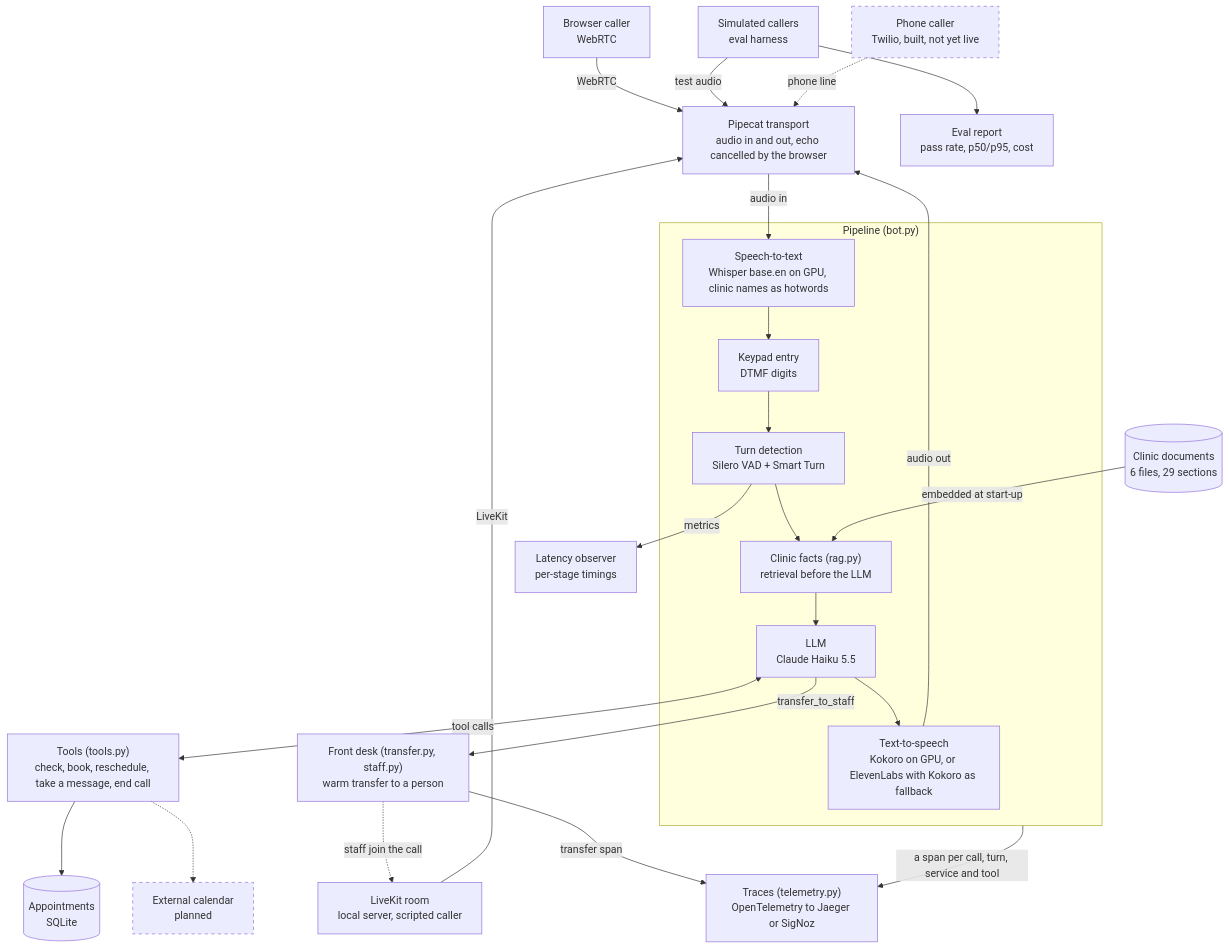
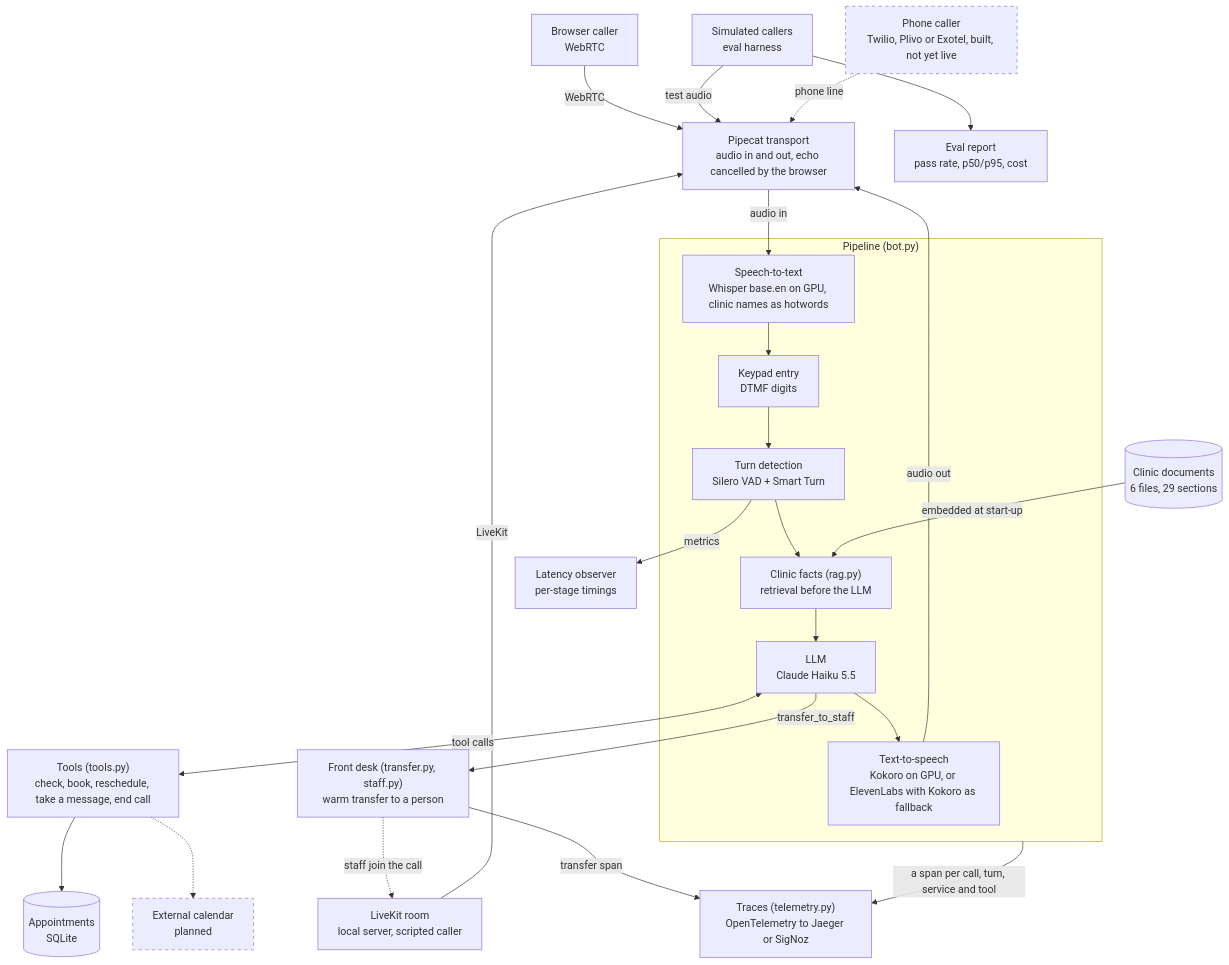
Before and after one commit to captflag/AI-Voice-: the first of 12 diagrams in README.md, drawn with Mermaid. The commit also changed other lines of this file and 3 other files, not shown here.

First line of the commit message:
Phase 8 step 5: Plivo and Exotel phone lines

````diff
--- a/README.md
+++ b/README.md
@@ -26,47 +26,47 @@
 ```mermaid
 flowchart TB
     browser["Browser caller<br/>WebRTC"]
     room["LiveKit room<br/>local server, scripted caller"]
     sim["Simulated callers<br/>eval harness"]
-    phone["Phone caller<br/>Twilio, built, not yet live"]:::planned
+    phone["Phone caller<br/>Twilio, Plivo or Exotel, built, not yet live"]:::planned
 
     transport["Pipecat transport<br/>audio in and out, echo cancelled by the browser"]
 
     subgraph pipeline["Pipeline (bot.py)"]
         stt["Speech-to-text<br/>Whisper base.en on GPU, clinic names as hotwords"]
         keypad["Keypad entry<br/>DTMF digits"]
         turn["Turn detection<br/>Silero VAD + Smart Turn"]
         notes["Clinic facts (rag.py)<br/>retrieval before the LLM"]
         llm["LLM<br/>Claude Haiku 5.5"]
         tts["Text-to-speech<br/>Kokoro on GPU, or ElevenLabs with Kokoro as fallback"]
         stt --> keypad --> turn --> notes --> llm --> tts
     end
 
     knowledge[("Clinic documents<br/>6 files, 29 sections")]
     tools["Tools (tools.py)<br/>check, book, reschedule, take a message, end call"]
     desk["Front desk (transfer.py, staff.py)<br/>warm transfer to a person"]
     db[("Appointments<br/>SQLite")]
     calendar["External calendar<br/>planned"]:::planned
     observer["Latency observer<br/>per-stage timings"]
     traces["Traces (telemetry.py)<br/>OpenTelemetry to Jaeger or SigNoz"]
     report["Eval report<br/>pass rate, p50/p95, cost"]
 
     browser -->|WebRTC| transport
     room -->|LiveKit| transport
     sim -->|test audio| transport
     phone -.->|phone line| transport
     transport -->|audio in| stt
     tts -->|audio out| transport
     knowledge -->|embedded at start-up| notes
     llm <-->|tool calls| tools
     llm -->|transfer_to_staff| desk
     desk -.->|staff join the call| room
     tools --> db
     tools -.-> calendar
     turn -->|metrics| observer
     pipeline -->|a span per call, turn, service and tool| traces
     desk -->|transfer span| traces
     sim --> report
 
     classDef planned stroke-dasharray: 5 5
 ```
````
